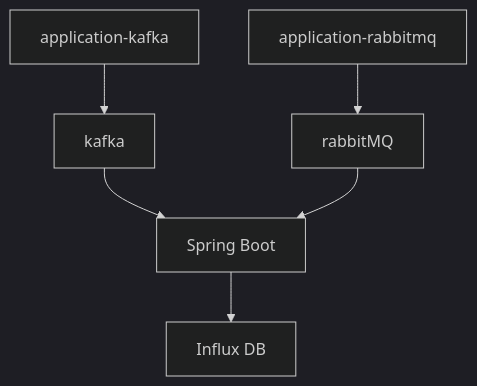
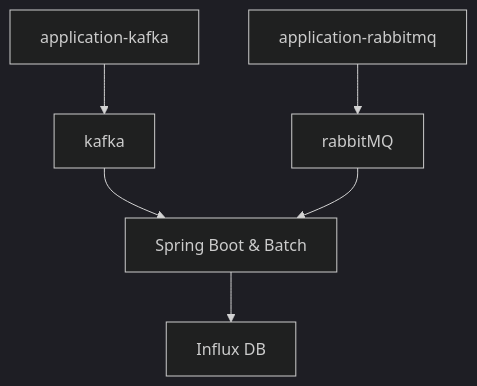
Before and after one commit to kkminseok/influx-db-test: the diagram in README.md, drawn with Mermaid (dark theme). The commit also changed 18 other files, not shown here.

````diff
--- a/README.md
+++ b/README.md
@@ -4,9 +4,9 @@
 ```mermaid
 flowchart TD
     K[application-kafka] --> A[kafka]
     K2[application-rabbitmq] --> R[rabbitMQ]
     A[kafka] --> B[Spring Boot]
     R[rabbitMQ] --> B[Spring Boot]
-    B[Spring Boot] --> C[Influx DB]
+    B[Spring Boot & Batch] --> C[Influx DB]
   
 ```
````
